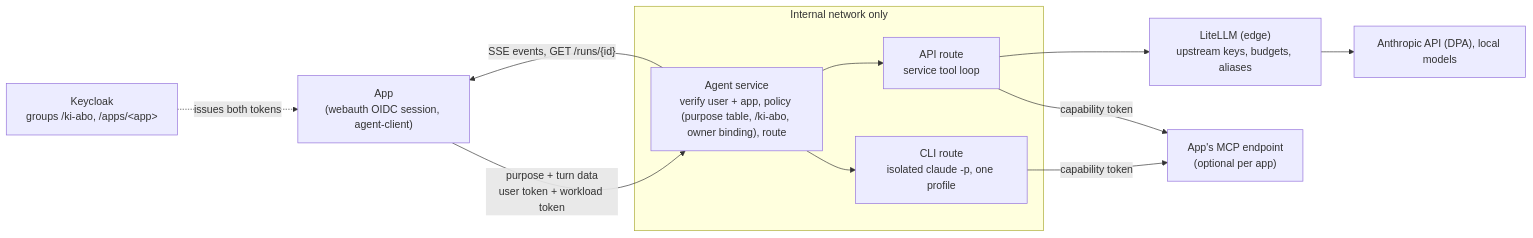
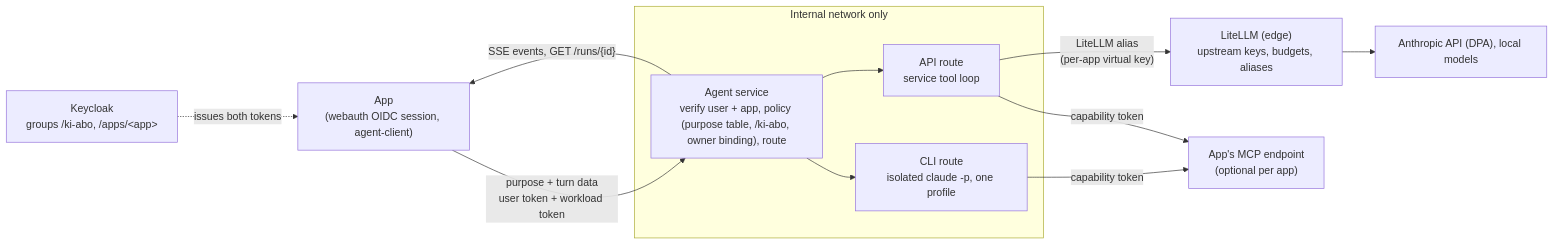
One commit to overnightworks/agent-providers changed the diagram in docs/decisions/0001-agent-service.md. Above: the diagram before and after it, drawn with Mermaid. The commit also changed other lines of this file and 1 other file, not shown here.

First line of the commit message:
docs: restore #18 wording in decision record, label API edge

````diff
--- a/docs/decisions/0001-agent-service.md
+++ b/docs/decisions/0001-agent-service.md
@@ -31,23 +31,23 @@
 ```mermaid
 flowchart LR
     App["App<br/>(webauth OIDC session, agent-client)"]
     KC["Keycloak<br/>groups /ki-abo, /apps/&lt;app&gt;"]
     subgraph internal["Internal network only"]
         Svc["Agent service<br/>verify user + app, policy (purpose table, /ki-abo, owner binding), route"]
         CLI["CLI route<br/>isolated claude -p, one profile"]
         API["API route<br/>service tool loop"]
     end
     LLM["LiteLLM (edge)<br/>upstream keys, budgets, aliases"]
     Up["Anthropic API (DPA), local models"]
     MCP["App's MCP endpoint<br/>(optional per app)"]
 
     App -- "purpose + turn data<br/>user token + workload token" --> Svc
     KC -. "issues both tokens" .-> App
     Svc --> CLI
     Svc --> API
-    API --> LLM
+    API -- "LiteLLM alias<br/>(per-app virtual key)" --> LLM
     LLM --> Up
     CLI -- "capability token" --> MCP
     API -- "capability token" --> MCP
     Svc -- "SSE events, GET /runs/{id}" --> App
 ```
````
